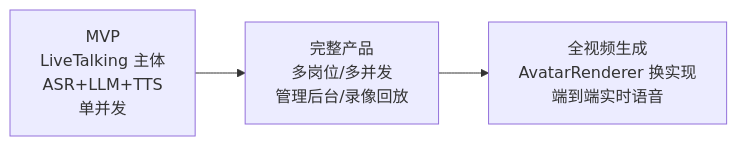
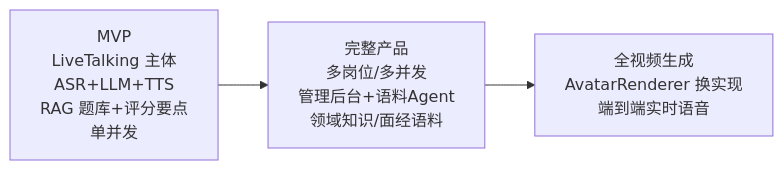
Before and after one commit to sublucky/virtual-interviewer: diagram 11 of 11 in ARCHITECTURE.md, drawn with Mermaid. The commit also changed other lines of this file, not shown here.

````diff
--- a/ARCHITECTURE.md
+++ b/ARCHITECTURE.md
@@ -474,5 +666,5 @@
 ```mermaid
 flowchart LR
-    MVP[MVP<br/>LiveTalking 主体<br/>ASR+LLM+TTS<br/>单并发] --> P2[完整产品<br/>多岗位/多并发<br/>管理后台/录像回放]
+    MVP[MVP<br/>LiveTalking 主体<br/>ASR+LLM+TTS<br/>RAG 题库+评分要点<br/>单并发] --> P2[完整产品<br/>多岗位/多并发<br/>管理后台+语料Agent<br/>领域知识/面经语料]
     P2 --> P3[全视频生成<br/>AvatarRenderer 换实现<br/>端到端实时语音]
 ```
````
